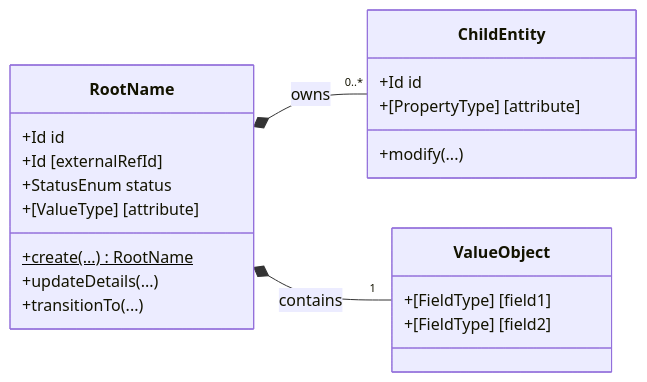
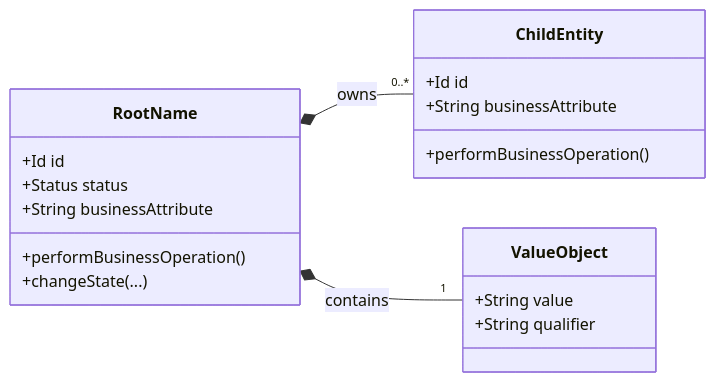
Before and after one commit to khinemyaezin/grab: the second of 3 diagrams in docs/templates/domain-spec-template.md, drawn with Mermaid. The commit also changed other lines of this file and 47 other files, not shown here.

````diff
--- a/docs/templates/domain-spec-template.md
+++ b/docs/templates/domain-spec-template.md
@@ -84,28 +84,26 @@
 ```mermaid
 classDiagram
     direction LR
 
     class RootName {
         +Id id
-        +Id [externalRefId]
-        +StatusEnum status
-        +[ValueType] [attribute]
-        +create(...) RootName$
-        +updateDetails(...)
-        +transitionTo(...)
+        +Status status
+        +String businessAttribute
+        +performBusinessOperation()
+        +changeState(...)
     }
 
     class ChildEntity {
         +Id id
-        +[PropertyType] [attribute]
-        +modify(...)
+        +String businessAttribute
+        +performBusinessOperation()
     }
 
     class ValueObject {
-        +[FieldType] [field1]
-        +[FieldType] [field2]
+        +String value
+        +String qualifier
     }
 
     RootName *-- "0..*" ChildEntity : owns
     RootName *-- "1" ValueObject : contains
 ```
````
